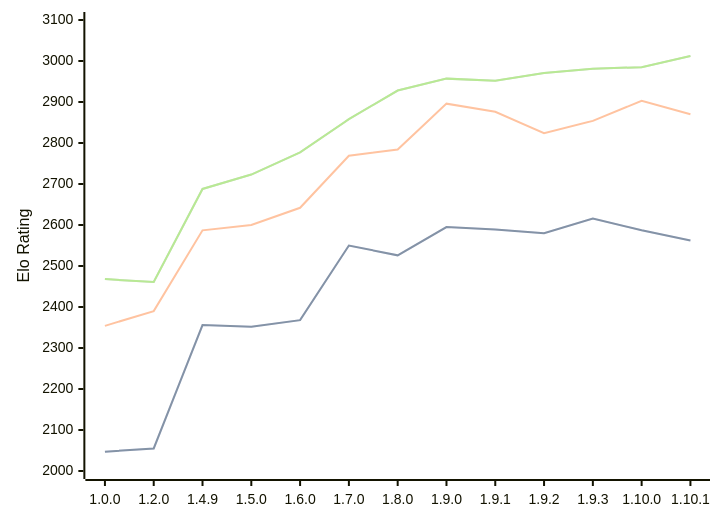
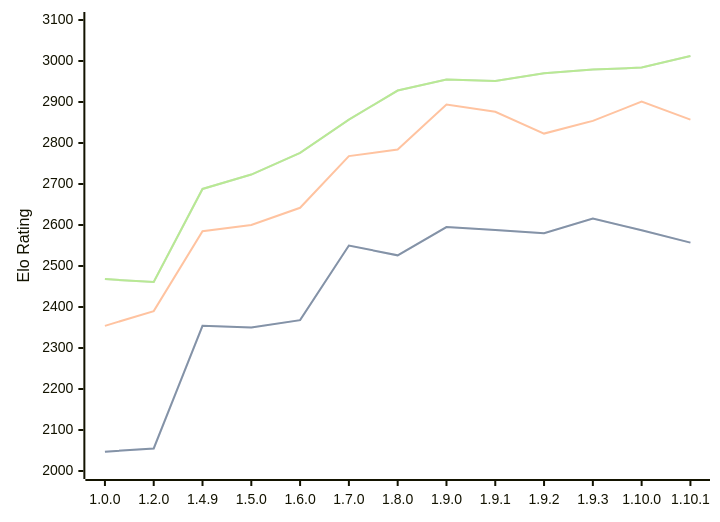
Before and after one commit to computer-chess-index/cci: the diagram in engines/Basilisk.md, drawn with Mermaid. The commit also changed other lines of this file, not shown here.

Commit message:
Update CCI Ratings (ELO VLTC) - 2026-10-01

````diff
--- a/engines/Basilisk.md
+++ b/engines/Basilisk.md
@@ -56,11 +56,11 @@
 ```mermaid
 %%{init: {"theme":"base","themeVariables":{"seriesColors:['#a3a3a3','#222221','#faa371']}}}%%
 xychart-beta
   x-axis ["1.0.0", "1.2.0", "1.4.9", "1.5.0", "1.6.0", "1.7.0", "1.8.0", "1.9.0", "1.9.1", "1.9.2", "1.9.3", "1.10.0", "1.10.1"]
   y-axis "Elo Rating" 2000 --> 3100
-  line "" [2047, 2055, 2356, 2352, 2368, 2550, 2526, 2595, 2589, 2580, 2616, 2587, 2562]
-  line "STC (8.0+0.08s)" [2047, 2055, 2356, 2352, 2368, 2550, 2526, 2595, 2589, 2580, 2616, 2587, 2562]
-  line "LTC (60.0+0.60s)" [2354, 2390, 2587, 2600, 2642, 2769, 2784, 2896, 2876, 2824, 2854, 2903, 2870]
-  line "" [2468, 2461, 2688, 2723, 2777, 2858, 2928, 2957, 2952, 2971, 2981, 2985, 3012]
-  line "VLTC (2m24s+1.12s)" [2468, 2461, 2688, 2723, 2777, 2858, 2928, 2957, 2952, 2971, 2981, 2985, 3012]
+  line "" [2047, 2055, 2354, 2350, 2368, 2550, 2526, 2595, 2588, 2580, 2616, 2587, 2557]
+  line "STC (8.0+0.08s)" [2047, 2055, 2354, 2350, 2368, 2550, 2526, 2595, 2588, 2580, 2616, 2587, 2557]
+  line "LTC (60.0+0.60s)" [2354, 2390, 2585, 2600, 2642, 2768, 2784, 2894, 2876, 2823, 2854, 2901, 2857]
+  line "" [2468, 2461, 2688, 2723, 2776, 2857, 2928, 2955, 2951, 2970, 2979, 2984, 3012]
+  line "VLTC (2m24s+1.12s)" [2468, 2461, 2688, 2723, 2776, 2857, 2928, 2955, 2951, 2970, 2979, 2984, 3012]
 ```
````
